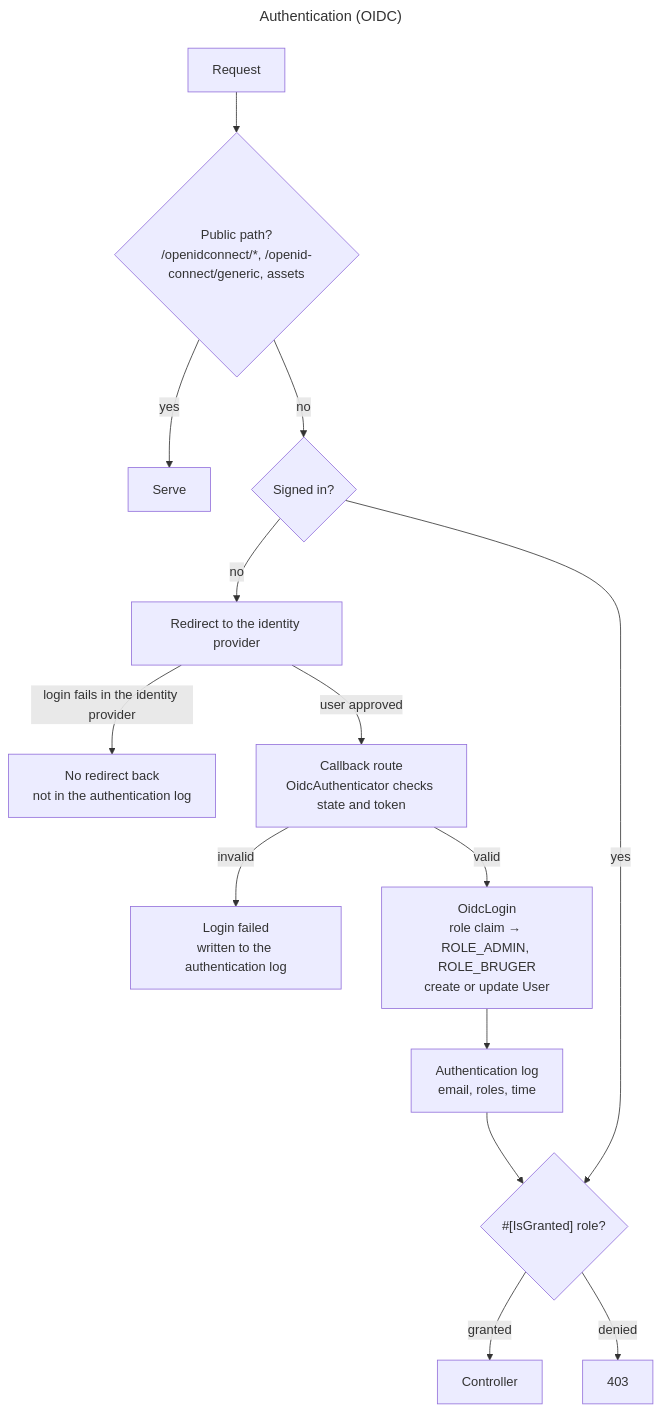
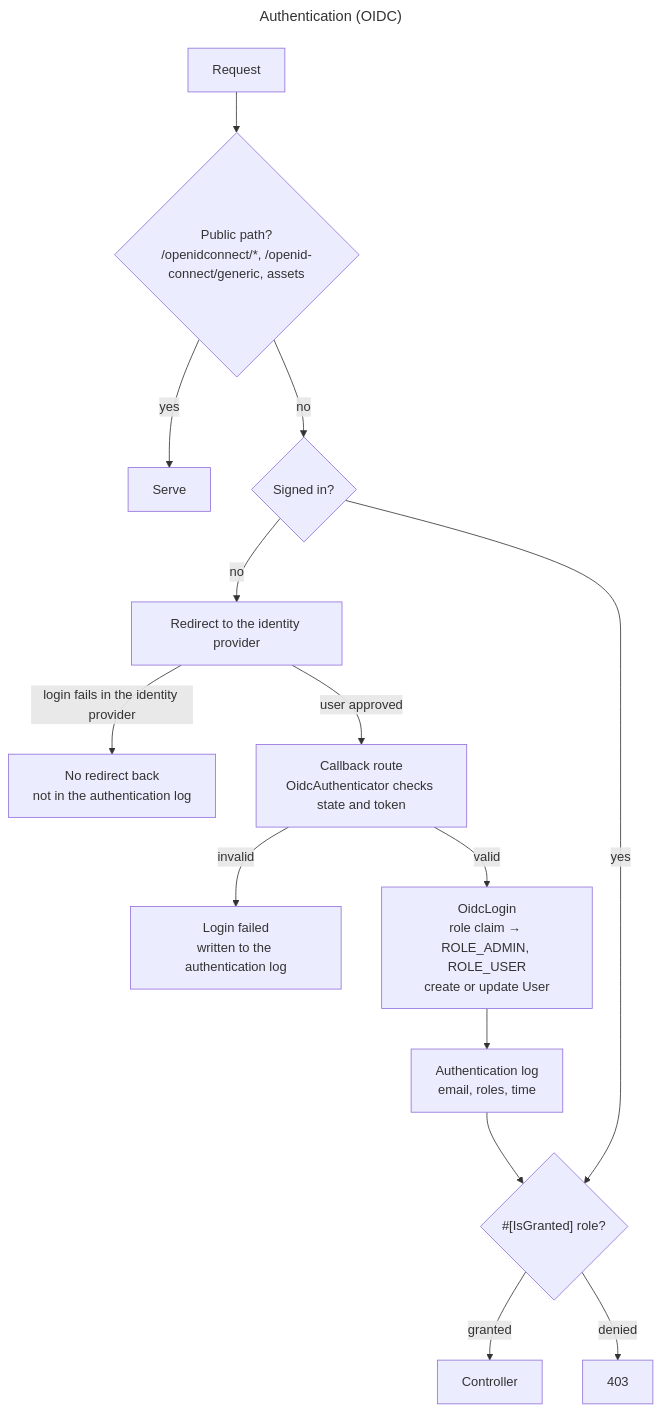
Before and after one commit to itk-dev/koerselsoverblik: the seventh of 7 diagrams in docs/architecture.md, drawn with Mermaid. The commit also changed other lines of this file and 8 other files, not shown here.

First line of the commit message:
fix: map the Slutbruger value bruger to ROLE_USER

````diff
--- a/docs/architecture.md
+++ b/docs/architecture.md
@@ -1178,21 +1178,21 @@
 ```mermaid
 ---
 title: Authentication (OIDC)
 ---
 flowchart TD
     request["Request"] --> public{"Public path?<br/>/openidconnect/*, /openid-connect/generic, assets"}
     public -- yes --> serve["Serve"]
     public -- no --> session{"Signed in?"}
 
     session -- no --> idp["Redirect to the identity provider"]
     idp -- "login fails in the identity provider" --> idpfail["No redirect back<br/>not in the authentication log"]
     idp -- "user approved" --> callback["Callback route<br/>OidcAuthenticator checks state and token"]
     callback -- invalid --> fail["Login failed<br/>written to the authentication log"]
-    callback -- valid --> user["OidcLogin<br/>role claim → ROLE_ADMIN, ROLE_BRUGER<br/>create or update User"]
+    callback -- valid --> user["OidcLogin<br/>role claim → ROLE_ADMIN, ROLE_USER<br/>create or update User"]
     user --> log["Authentication log<br/>email, roles, time"]
     log --> guard
 
     session -- yes --> guard{"#[IsGranted] role?"}
     guard -- granted --> controller["Controller"]
     guard -- denied --> forbidden["403"]
 ```
````
